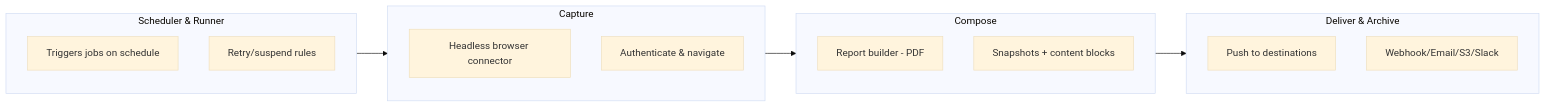
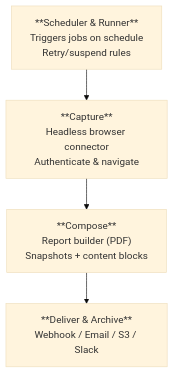
The diagram in versioned_docs/version-stable/getting-started/index.md (beshu-tech/anaphora-docs), drawn with Mermaid (base theme) before and after one commit. The commit also changed 1 other file, not shown here.

Commit message:
Make architecture diagram vertical for better readability
- Change flowchart from LR to TB (top-to-bottom)
- Consolidate subgraph content into single nodes with line breaks
- Larger, more readable text in the pipeline visualization

````diff
--- a/versioned_docs/version-stable/getting-started/index.md
+++ b/versioned_docs/version-stable/getting-started/index.md
@@ -35,24 +35,9 @@
 ```mermaid
-flowchart LR
-    subgraph scheduler["Scheduler & Runner"]
-        s1[Triggers jobs on schedule]
-        s2[Retry/suspend rules]
-    end
-
-    subgraph capture["Capture"]
-        c1[Headless browser connector]
-        c2[Authenticate & navigate]
-    end
-
-    subgraph compose["Compose"]
-        comp1[Report builder - PDF]
-        comp2[Snapshots + content blocks]
-    end
-
-    subgraph deliver["Deliver & Archive"]
-        d1[Push to destinations]
-        d2[Webhook/Email/S3/Slack]
-    end
+flowchart TB
+    scheduler["**Scheduler & Runner**<br/>Triggers jobs on schedule<br/>Retry/suspend rules"]
+    capture["**Capture**<br/>Headless browser connector<br/>Authenticate & navigate"]
+    compose["**Compose**<br/>Report builder (PDF)<br/>Snapshots + content blocks"]
+    deliver["**Deliver & Archive**<br/>Webhook / Email / S3 / Slack"]
 
     scheduler --> capture --> compose --> deliver
 ```
````
